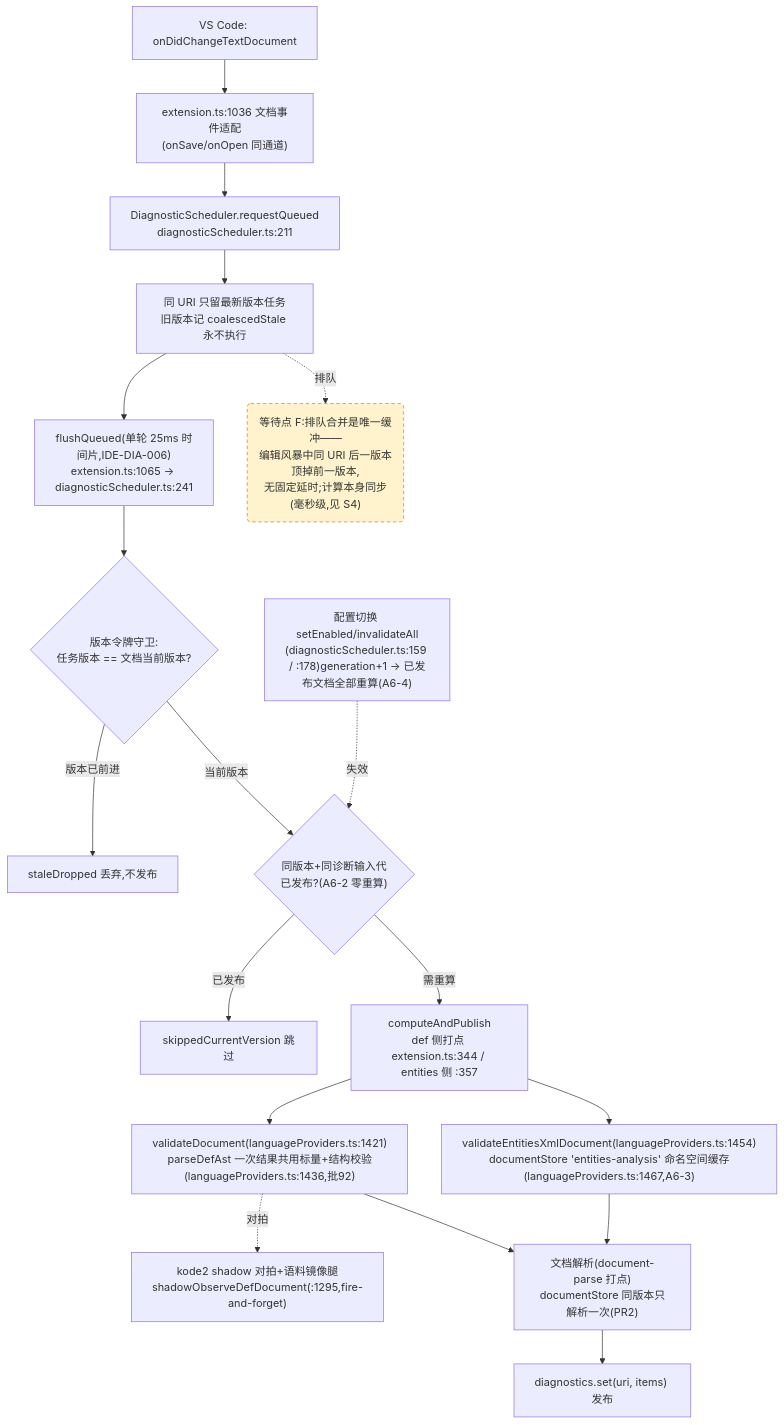
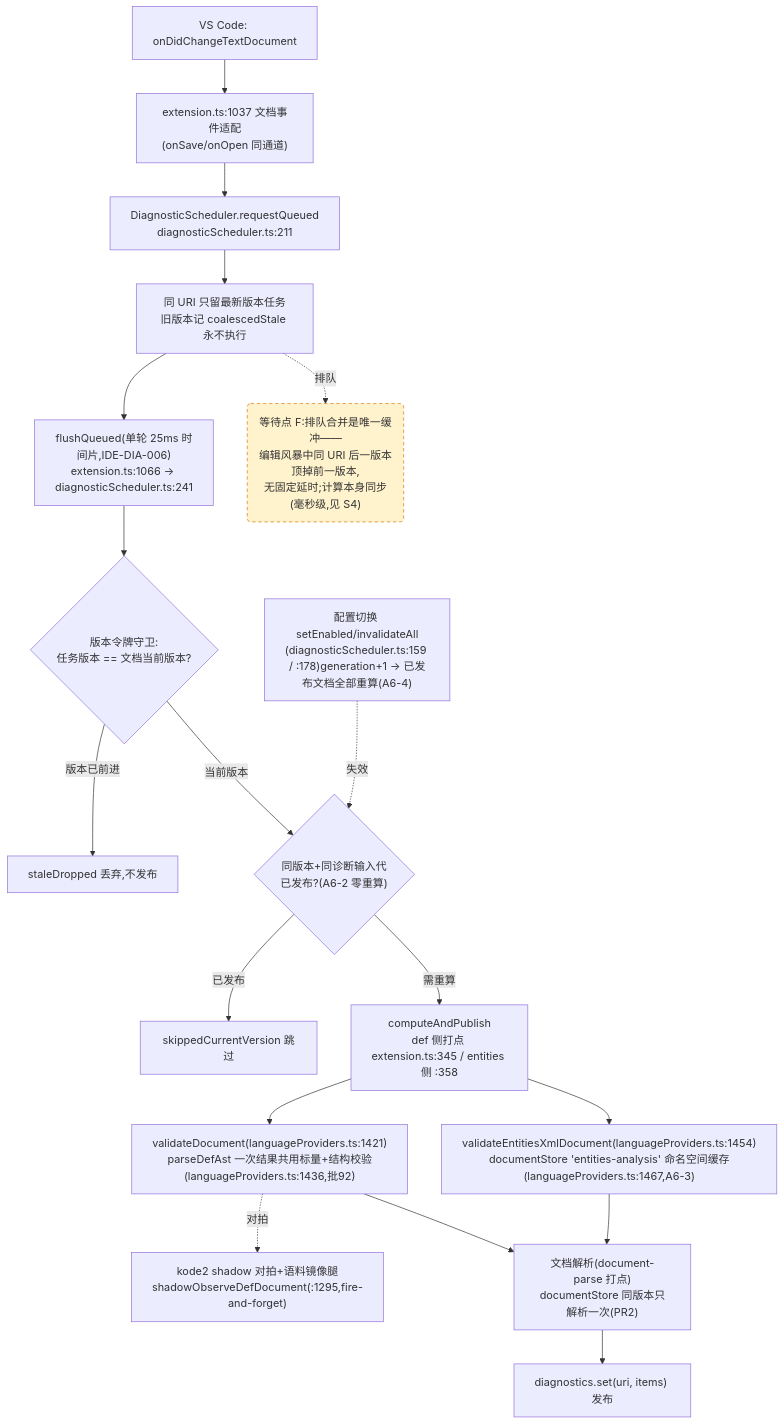
The fourth of 4 diagrams in docs/perf/2026-baseline.md (cuihairu/kode), drawn with Mermaid before and after one commit. The commit also changed other lines of this file and 12 other files, not shown here.

````diff
--- a/docs/perf/2026-baseline.md
+++ b/docs/perf/2026-baseline.md
@@ -214,38 +214,38 @@
 ```mermaid
 flowchart TD
   CHG["VS Code: onDidChangeTextDocument"]
-  WATCH["extension.ts:1036 文档事件适配<br/>(onSave/onOpen 同通道)"]
+  WATCH["extension.ts:1037 文档事件适配<br/>(onSave/onOpen 同通道)"]
   RQ["DiagnosticScheduler.requestQueued<br/>diagnosticScheduler.ts:211"]
   CO["同 URI 只留最新版本任务<br/>旧版本记 coalescedStale 永不执行"]
-  FL["flushQueued(单轮 25ms 时间片,IDE-DIA-006)<br/>extension.ts:1065 → diagnosticScheduler.ts:241"]
+  FL["flushQueued(单轮 25ms 时间片,IDE-DIA-006)<br/>extension.ts:1066 → diagnosticScheduler.ts:241"]
   VG{"版本令牌守卫:<br/>任务版本 == 文档当前版本?"}
   DROP["staleDropped 丢弃,不发布"]
   GEN{"同版本+同诊断输入代<br/>已发布?(A6-2 零重算)"}
   SKIP["skippedCurrentVersion 跳过"]
-  CALC["computeAndPublish<br/>def 侧打点 extension.ts:344 / entities 侧 :357"]
+  CALC["computeAndPublish<br/>def 侧打点 extension.ts:345 / entities 侧 :358"]
   VD["validateDocument(languageProviders.ts:1421)<br/>parseDefAst 一次结果共用标量+结构校验(languageProviders.ts:1436,批92)"]
   VEX["validateEntitiesXmlDocument(languageProviders.ts:1454)<br/>documentStore 'entities-analysis' 命名空间缓存(languageProviders.ts:1467,A6-3)"]
   SHDD["kode2 shadow 对拍+语料镜像腿<br/>shadowObserveDefDocument(:1295,fire-and-forget)"]
   DS["文档解析(document-parse 打点)<br/>documentStore 同版本只解析一次(PR2)"]
   PUB["diagnostics.set(uri, items) 发布"]
   CFG2["配置切换 setEnabled/invalidateAll<br/>(diagnosticScheduler.ts:159 / :178)generation+1 → 已发布文档全部重算(A6-4)"]
 
   CHG --> WATCH --> RQ --> CO --> FL --> VG
   VG -- "版本已前进" --> DROP
   VG -- "当前版本" --> GEN
   GEN -- "已发布" --> SKIP
   GEN -- "需重算" --> CALC
   CALC --> VD
   CALC --> VEX
   VD --> DS
   VEX --> DS
   DS --> PUB
   VD -.->|对拍| SHDD
   CFG2 -.->|失效| GEN
 
   WAITF("等待点 F:排队合并是唯一缓冲——<br/>编辑风暴中同 URI 后一版本顶掉前一版本,<br/>无固定延时;计算本身同步(毫秒级,见 S4)")
   CO -.->|排队| WAITF
 
   classDef waitPoint fill:#fff3cd,stroke:#d97706,stroke-dasharray:5 4;
   class WAITF waitPoint;
 ```
````
